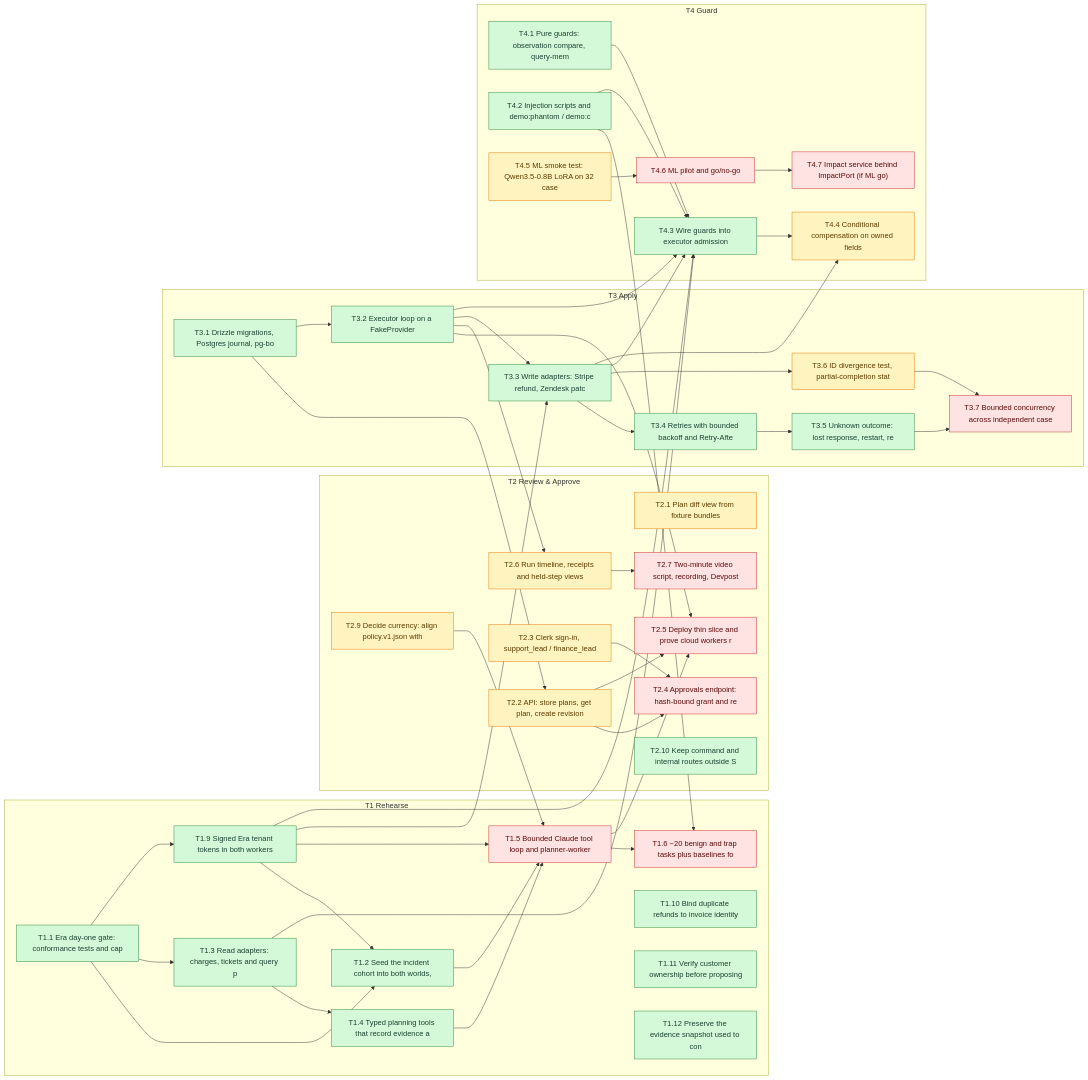
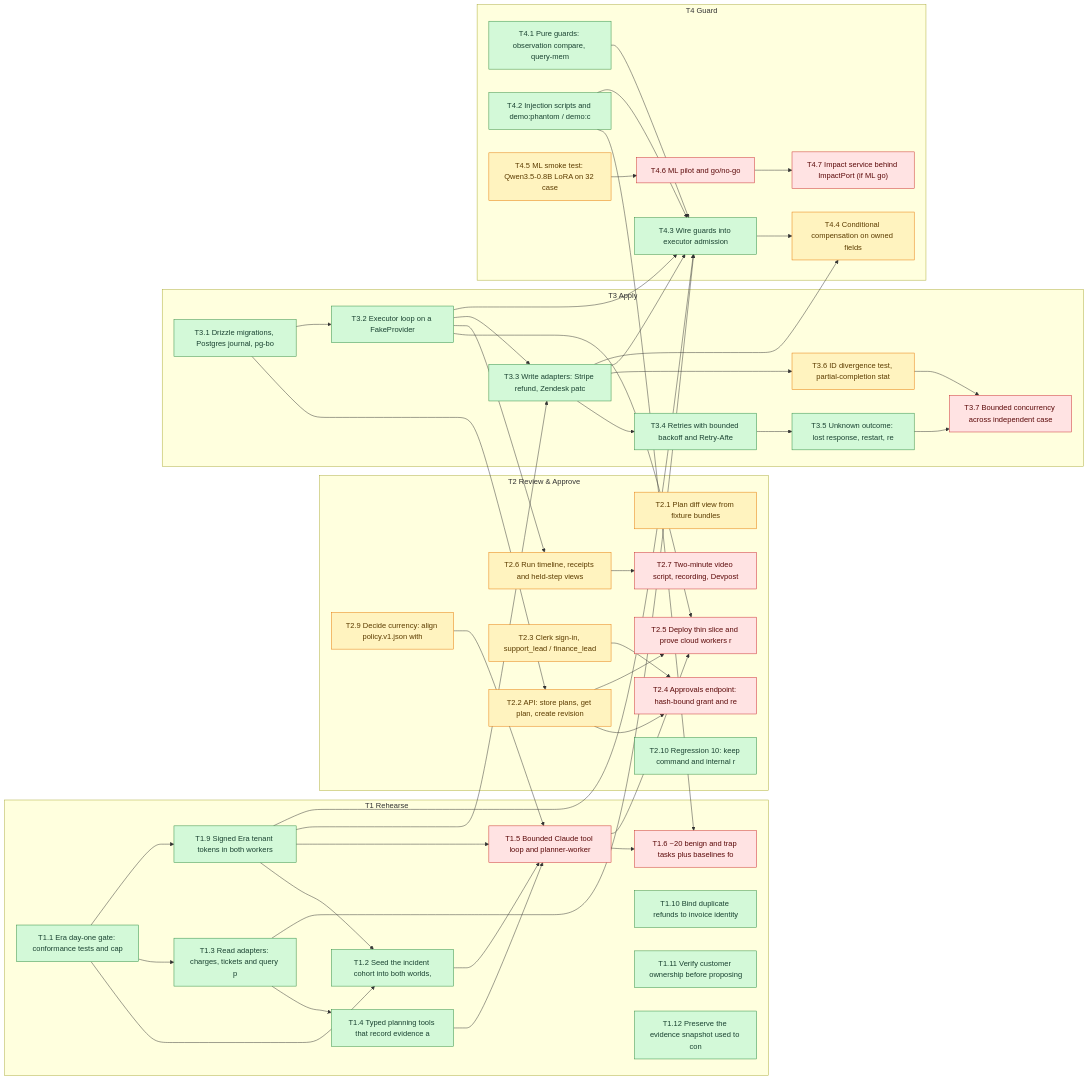
The diagram in BLOCKERS.md (SoroushRF/Rehearsal), drawn with Mermaid before and after one commit. The commit also changed other lines of this file, not shown here.

Commit message:
Update blocker board

```diff
--- a/BLOCKERS.md
+++ b/BLOCKERS.md
@@ -113,7 +113,7 @@
     T2_6["T2.6 Run timeline, receipts and held-step views "]:::ready
     T2_7["T2.7 Two-minute video script, recording, Devpost"]:::blocked
     T2_9["T2.9 Decide currency: align policy.v1.json with "]:::ready
-    T2_10["T2.10 Keep command and internal routes outside S"]:::done
+    T2_10["T2.10 Regression 10: keep command and internal r"]:::done
   end
   subgraph T3[T3 Apply]
     T3_1["T3.1 Drizzle migrations, Postgres journal, pg-bo"]:::done
```
